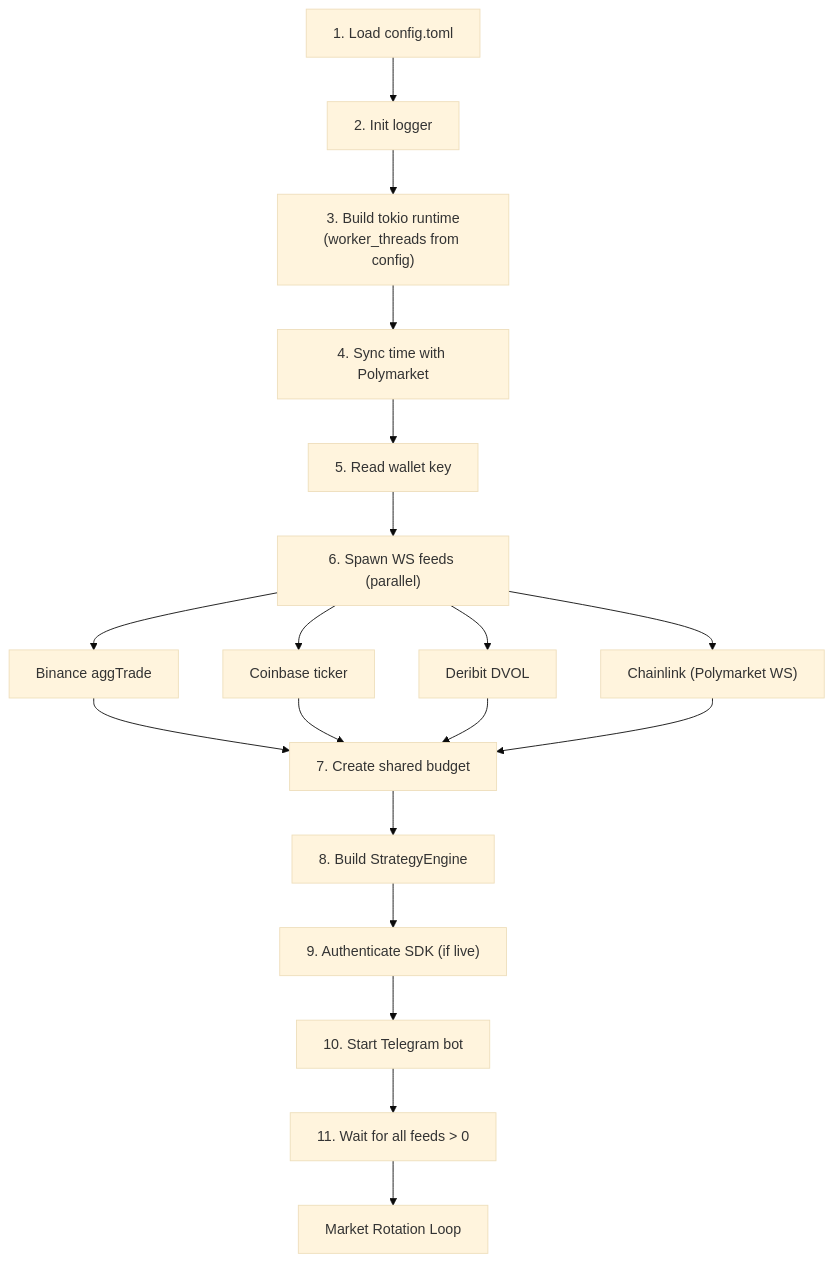
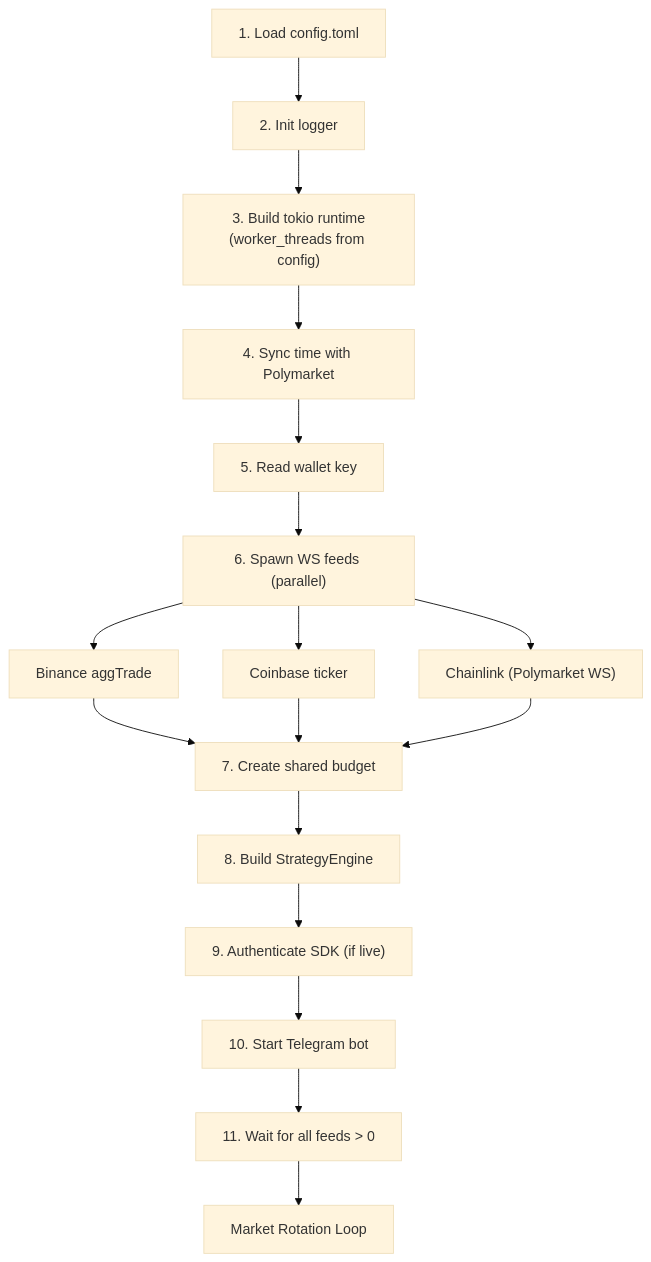
The first of 3 diagrams in docs/WORKFLOW.md (bbono/serekes), drawn with Mermaid (base theme) before and after one commit. The commit also changed other lines of this file and 8 other files, not shown here.

First line of the commit message:
Remove Deribit DVOL feed entirely from bot

````diff
--- a/docs/WORKFLOW.md
+++ b/docs/WORKFLOW.md
@@ -21,18 +20,17 @@
 ```mermaid
 flowchart TD
     A["1. Load config.toml"] --> B["2. Init logger"]
     B --> C["3. Build tokio runtime<br/>(worker_threads from config)"]
     C --> D["4. Sync time with Polymarket"]
     D --> E["5. Read wallet key"]
     E --> F["6. Spawn WS feeds (parallel)"]
     F --> F1["Binance aggTrade"]
     F --> F2["Coinbase ticker"]
-    F --> F3["Deribit DVOL"]
-    F --> F4["Chainlink (Polymarket WS)"]
-    F1 & F2 & F3 & F4 --> G["7. Create shared budget"]
+    F --> F3["Chainlink (Polymarket WS)"]
+    F1 & F2 & F3 --> G["7. Create shared budget"]
     G --> H["8. Build StrategyEngine"]
     H --> I["9. Authenticate SDK (if live)"]
     I --> I2["10. Start Telegram bot"]
     I2 --> J["11. Wait for all feeds > 0"]
     J --> K["Market Rotation Loop"]
 ```
````
